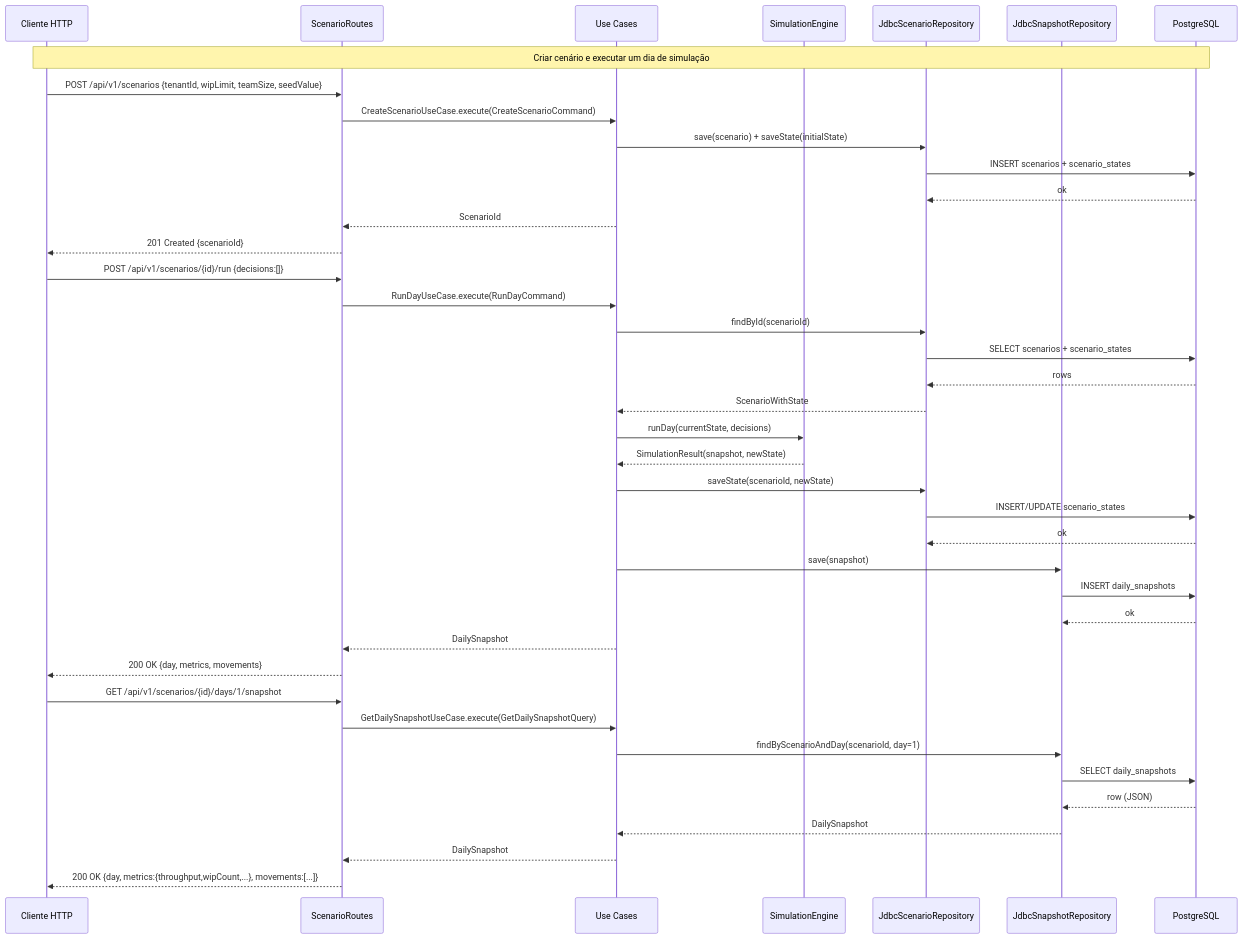
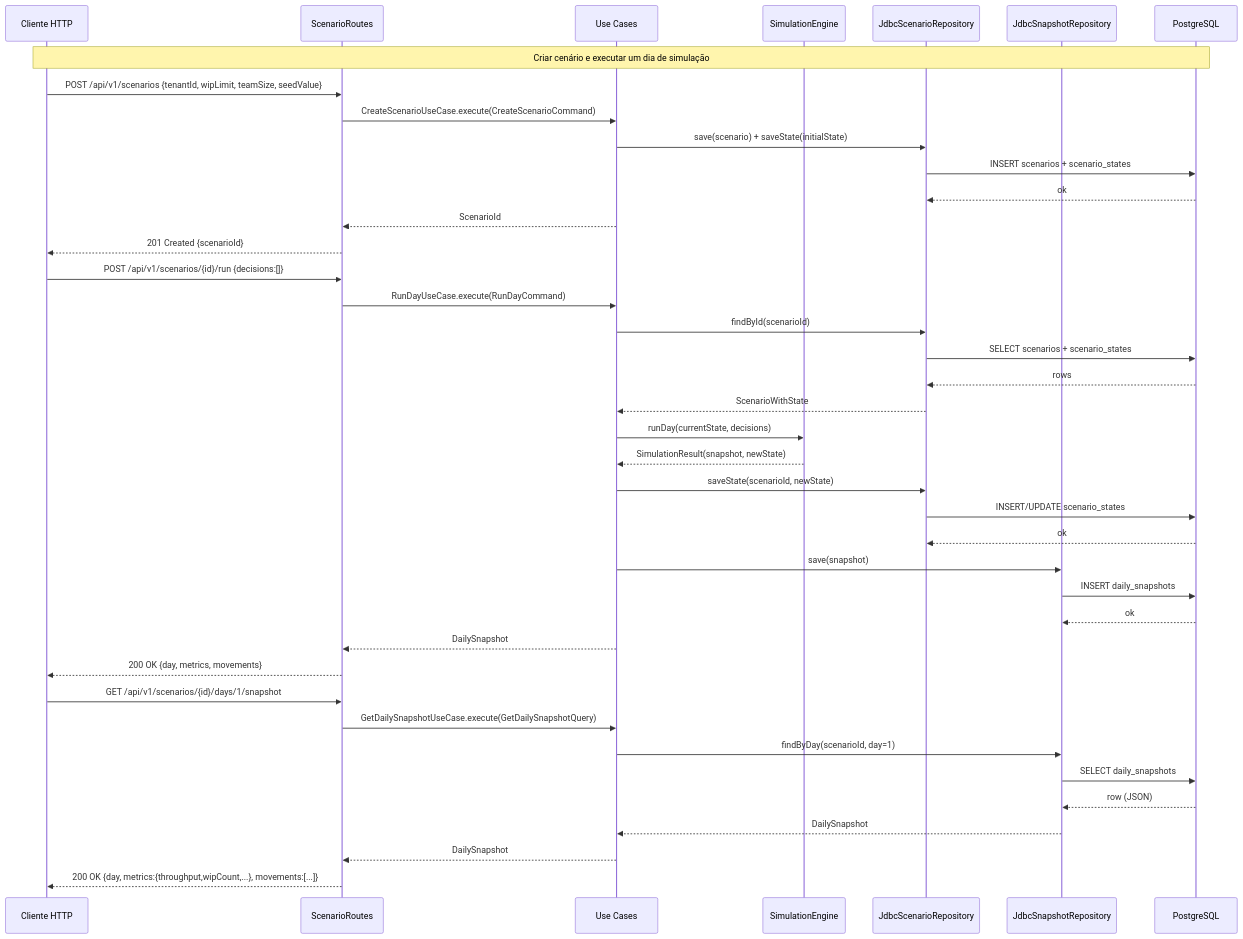
One commit to agnaldo4j/kanban-vision-api-kt changed the sixth of 7 diagrams in README.md. Above: the diagram before and after it, drawn with Mermaid.

Commit message:
Potential fix for pull request finding

````diff
--- a/README.md
+++ b/README.md
@@ -243,46 +243,46 @@
 ```mermaid
 sequenceDiagram
   participant C as Cliente HTTP
   participant R as ScenarioRoutes
   participant UC as Use Cases
   participant SE as SimulationEngine
   participant SR as JdbcScenarioRepository
   participant SS as JdbcSnapshotRepository
   participant DB as PostgreSQL
 
   Note over C,DB: Criar cenário e executar um dia de simulação
 
   C->>R: POST /api/v1/scenarios {tenantId, wipLimit, teamSize, seedValue}
   R->>UC: CreateScenarioUseCase.execute(CreateScenarioCommand)
   UC->>SR: save(scenario) + saveState(initialState)
   SR->>DB: INSERT scenarios + scenario_states
   DB-->>SR: ok
   UC-->>R: ScenarioId
   R-->>C: 201 Created {scenarioId}
 
   C->>R: POST /api/v1/scenarios/{id}/run {decisions:[]}
   R->>UC: RunDayUseCase.execute(RunDayCommand)
   UC->>SR: findById(scenarioId)
   SR->>DB: SELECT scenarios + scenario_states
   DB-->>SR: rows
   SR-->>UC: ScenarioWithState
   UC->>SE: runDay(currentState, decisions)
   SE-->>UC: SimulationResult(snapshot, newState)
   UC->>SR: saveState(scenarioId, newState)
   SR->>DB: INSERT/UPDATE scenario_states
   DB-->>SR: ok
   UC->>SS: save(snapshot)
   SS->>DB: INSERT daily_snapshots
   DB-->>SS: ok
   UC-->>R: DailySnapshot
   R-->>C: 200 OK {day, metrics, movements}
 
   C->>R: GET /api/v1/scenarios/{id}/days/1/snapshot
   R->>UC: GetDailySnapshotUseCase.execute(GetDailySnapshotQuery)
-  UC->>SS: findByScenarioAndDay(scenarioId, day=1)
+  UC->>SS: findByDay(scenarioId, day=1)
   SS->>DB: SELECT daily_snapshots
   DB-->>SS: row (JSON)
   SS-->>UC: DailySnapshot
   UC-->>R: DailySnapshot
   R-->>C: 200 OK {day, metrics:{throughput,wipCount,...}, movements:[...]}
 ```
````
